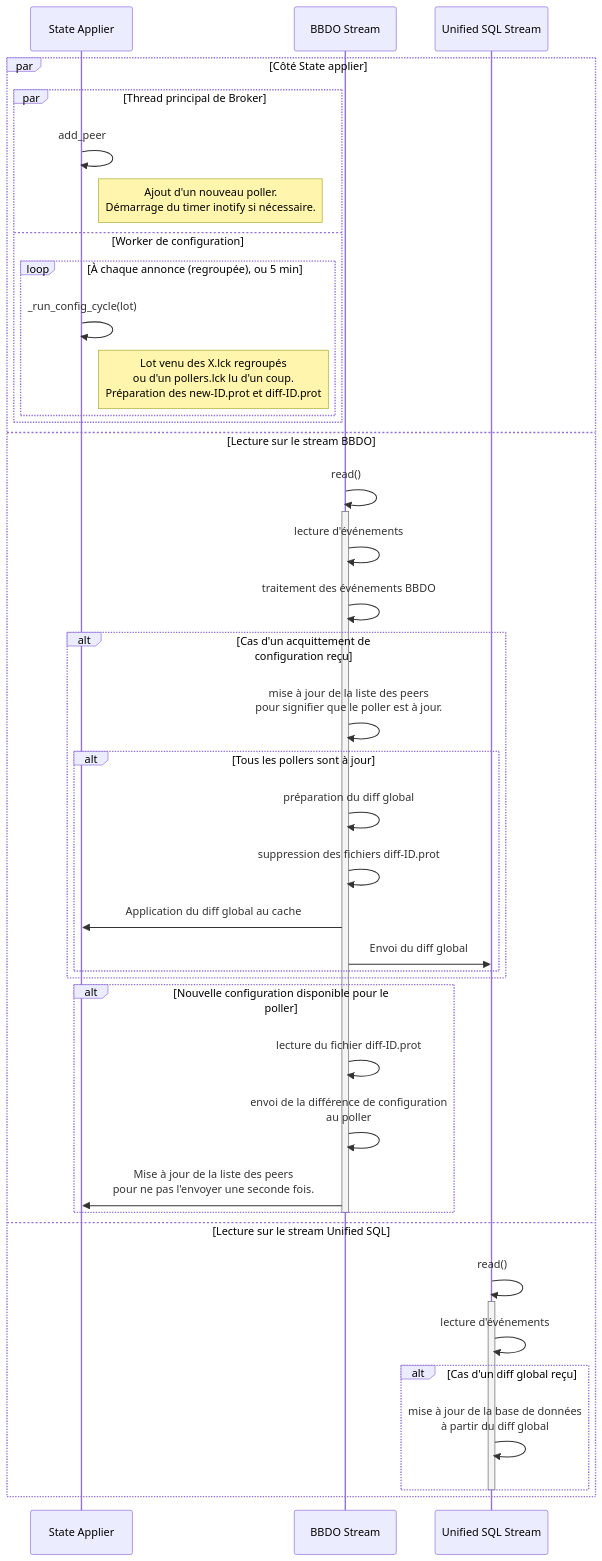
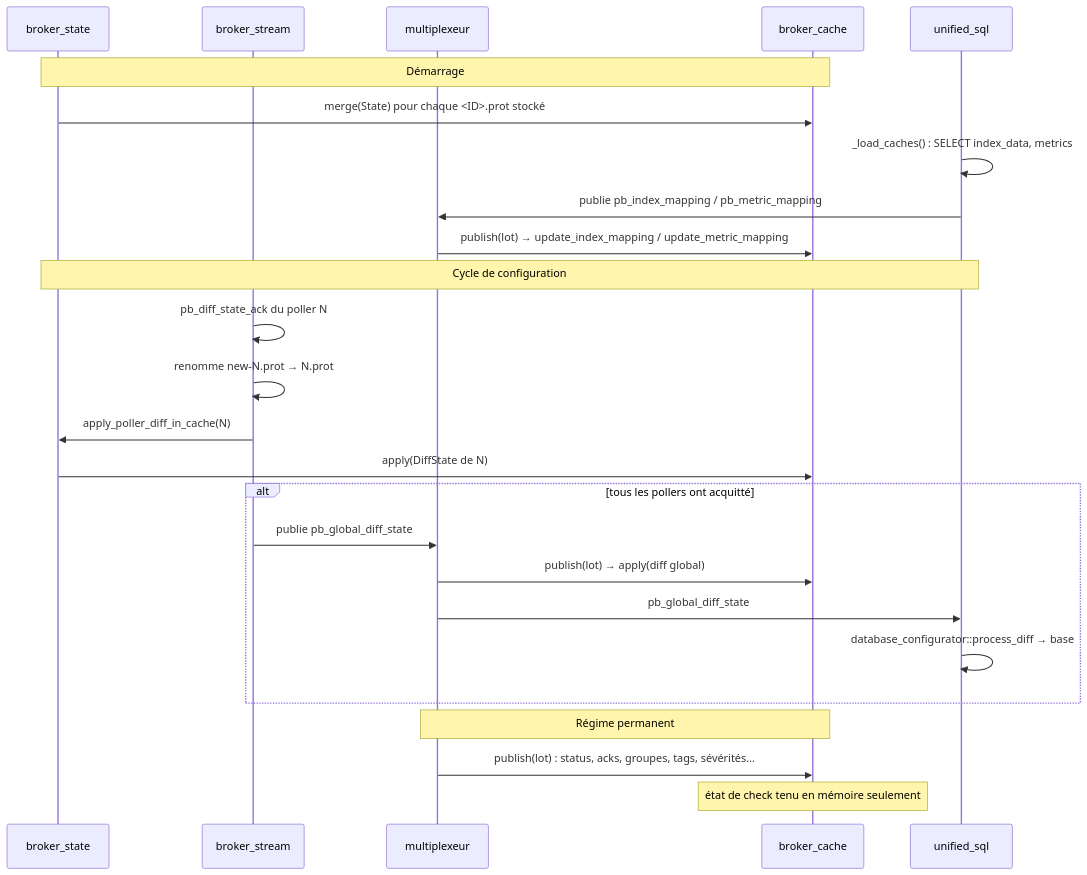
One commit to centreon/centreon-collect changed diagram 24 of 47 in doc/nego-engine-broker-fr.md. Above: the diagram before and after it, drawn with Mermaid. The commit also changed other lines of this file and 1 other file, not shown here.

Commit message:
chore(doc): last step before poller HA

````diff
--- a/doc/nego-engine-broker-fr.md
+++ b/doc/nego-engine-broker-fr.md
@@ -2638,46 +2616,30 @@
 ```mermaid
 sequenceDiagram
-    participant S as State Applier
-    participant BBDO as BBDO Stream
-    participant USQL as Unified SQL Stream
+    participant BS as broker_state
+    participant BBDO as broker_stream
+    participant MUX as multiplexeur
+    participant C as broker_cache
+    participant USQL as unified_sql
 
-    par Côté State applier
-        par Thread principal de Broker
-            S ->> S: add_peer
-            note right of S: Ajout d'un nouveau poller.<br/>Démarrage du timer inotify si nécessaire.
-        and Worker de configuration
-            loop À chaque annonce (regroupée), ou 5 min
-                S ->> S: _run_config_cycle(lot)
-                note right of S: Lot venu des X.lck regroupés<br/>ou d'un pollers.lck lu d'un coup.<br/>Préparation des new-ID.prot et diff-ID.prot
-            end
-        end
-    and Lecture sur le stream BBDO
-        BBDO ->> BBDO: read()
-        activate BBDO
-        BBDO ->> BBDO: lecture d'événements
-        BBDO ->> BBDO: traitement des événements BBDO
-        alt Cas d'un acquittement de configuration reçu
-            BBDO ->> BBDO: mise à jour de la liste des peers<br/>pour signifier que le poller est à jour.
-            alt Tous les pollers sont à jour
-                BBDO ->> BBDO: préparation du diff global
-                BBDO ->> BBDO: suppression des fichiers diff-ID.prot
-                BBDO ->> S: Application du diff global au cache
-                BBDO ->> USQL: Envoi du diff global
-            end
-        end
-        alt Nouvelle configuration disponible pour le poller
-            BBDO ->> BBDO: lecture du fichier diff-ID.prot
-            BBDO ->> BBDO: envoi de la différence de configuration<br/>au poller
-            BBDO ->> S: Mise à jour de la liste des peers<br/>pour ne pas l'envoyer une seconde fois.
-        end
-        deactivate BBDO
-    and Lecture sur le stream Unified SQL
-        USQL ->> USQL: read()
-        activate USQL
-        USQL ->> USQL: lecture d'événements
-        alt Cas d'un diff global reçu
-            USQL ->> USQL: mise à jour de la base de données<br/>à partir du diff global
-        end
-        deactivate USQL
+    Note over BS,C: Démarrage
+    BS ->> C: merge(State) pour chaque <ID>.prot stocké
+    USQL ->> USQL: _load_caches() : SELECT index_data, metrics
+    USQL ->> MUX: publie pb_index_mapping / pb_metric_mapping
+    MUX ->> C: publish(lot) → update_index_mapping / update_metric_mapping
+
+    Note over BS,USQL: Cycle de configuration
+    BBDO ->> BBDO: pb_diff_state_ack du poller N
+    BBDO ->> BBDO: renomme new-N.prot → N.prot
+    BBDO ->> BS: apply_poller_diff_in_cache(N)
+    BS ->> C: apply(DiffState de N)
+    alt tous les pollers ont acquitté
+        BBDO ->> MUX: publie pb_global_diff_state
+        MUX ->> C: publish(lot) → apply(diff global)
+        MUX ->> USQL: pb_global_diff_state
+        USQL ->> USQL: database_configurator::process_diff → base
     end
+
+    Note over MUX,C: Régime permanent
+    MUX ->> C: publish(lot) : status, acks, groupes, tags, sévérités…
+    Note over C: état de check tenu en mémoire seulement
 ```
````
